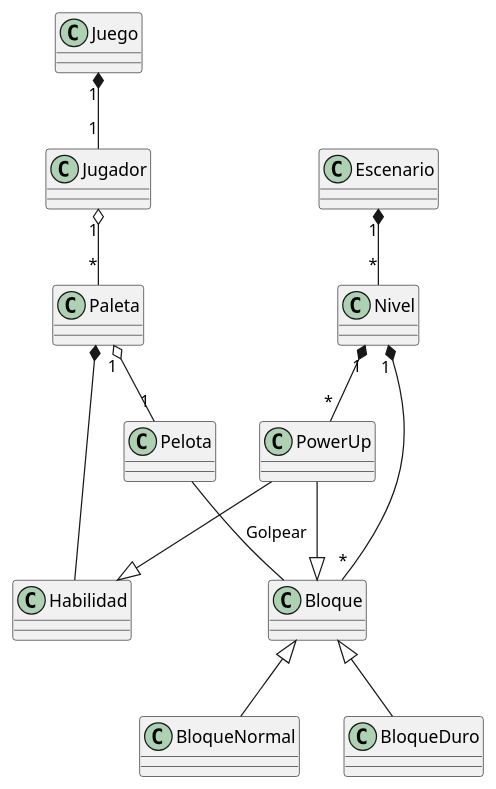
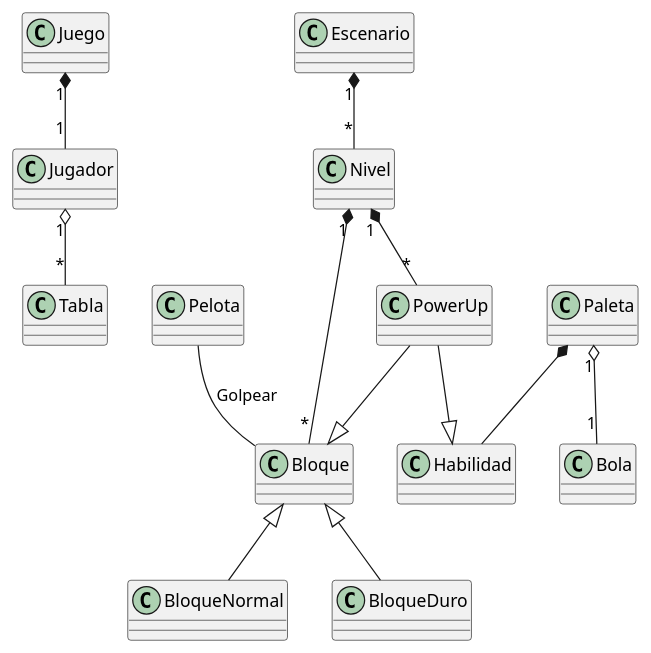
The diagram in docs/arkanoid.puml (danielbrambila/arkanoid), drawn with PlantUML before and after one commit. The commit also changed 4 other files, not shown here.

```diff
--- a/docs/arkanoid.puml
+++ b/docs/arkanoid.puml
@@ -1,35 +1,35 @@
 @startuml Arkanoid
 
 class Juego
 Class Jugador
 
 class Habilidad
-class Paleta
-class Pelota
+class Tabla
+class Bola
 
 class Bloque
 class BloqueNormal
 class BloqueDuro
 
 class Nivel
 class Escenario
 class PowerUp
 
 Juego "1" *-- "1" Jugador
-Jugador "1" o-- "*" Paleta
-Paleta "1" o-- "1" Pelota
+Jugador "1" o-- "*" Tabla
+Paleta "1" o-- "1" Bola
 
 Paleta *-- Habilidad
 Pelota -- Bloque : "Golpear"
 
 Bloque <|-- BloqueNormal
 Bloque <|-- BloqueDuro
 
 Escenario "1" *-- "*" Nivel
 Nivel "1" *-- "*" Bloque
 Nivel "1" *-- "*" PowerUp
 
 PowerUp --|> Bloque
 PowerUp --|> Habilidad
 
 @enduml
```
